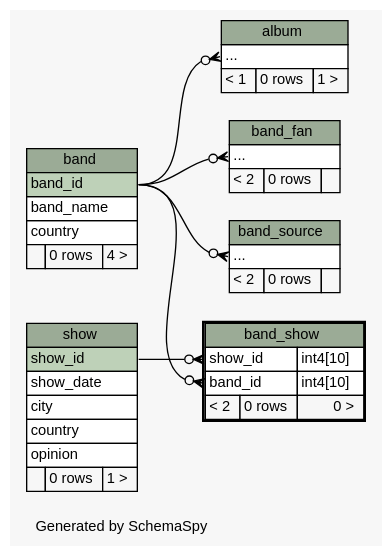
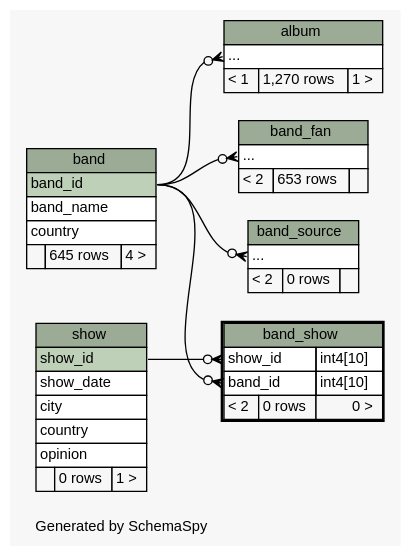
Before and after one commit to biodavidjm/garbage-code: the diagram in database/see_djmusic/diagrams/band_show.2degrees.dot, drawn with Graphviz. The commit also changed 155 other files, not shown here.

First line of the commit message:
New Schema View of the last djmusic version

```diff
--- a/database/see_djmusic/diagrams/band_show.2degrees.dot
+++ b/database/see_djmusic/diagrams/band_show.2degrees.dot
@@ -1,94 +1,94 @@
-// dot 2.38.0 on Mac OS X 10.9.3
+// dot 2.38.0 on Mac OS X 10.9.4
 // SchemaSpy rev 590
 digraph "twoDegreesRelationshipsDiagram" {
   graph [
     rankdir="RL"
     bgcolor="#f7f7f7"
     label="\nGenerated by SchemaSpy"
     labeljust="l"
     nodesep="0.18"
     ranksep="0.46"
     fontname="Helvetica"
     fontsize="11"
   ];
   node [
     fontname="Helvetica"
     fontsize="11"
     shape="plaintext"
   ];
   edge [
     arrowsize="0.8"
   ];
   "album":"elipses":w -> "band":"band_id":e [arrowhead=none dir=back arrowtail=crowodot];
   "band_fan":"elipses":w -> "band":"band_id":e [arrowhead=none dir=back arrowtail=crowodot];
   "band_show":"band_id":w -> "band":"band_id":e [arrowhead=none dir=back arrowtail=crowodot];
   "band_show":"show_id":w -> "show":"show_id":e [arrowhead=none dir=back arrowtail=crowodot];
   "band_source":"elipses":w -> "band":"band_id":e [arrowhead=none dir=back arrowtail=crowodot];
   "album" [
     label=<
     <TABLE BORDER="0" CELLBORDER="1" CELLSPACING="0" BGCOLOR="#ffffff">
       <TR><TD COLSPAN="3" BGCOLOR="#9bab96" ALIGN="CENTER">album</TD></TR>
       <TR><TD PORT="elipses" COLSPAN="3" ALIGN="LEFT">...</TD></TR>
-      <TR><TD ALIGN="LEFT" BGCOLOR="#f7f7f7">&lt; 1</TD><TD ALIGN="RIGHT" BGCOLOR="#f7f7f7">0 rows</TD><TD ALIGN="RIGHT" BGCOLOR="#f7f7f7">1 &gt;</TD></TR>
+      <TR><TD ALIGN="LEFT" BGCOLOR="#f7f7f7">&lt; 1</TD><TD ALIGN="RIGHT" BGCOLOR="#f7f7f7">1,270 rows</TD><TD ALIGN="RIGHT" BGCOLOR="#f7f7f7">1 &gt;</TD></TR>
     </TABLE>>
     URL="album.html"
     tooltip="album"
   ];
   "band" [
     label=<
     <TABLE BORDER="0" CELLBORDER="1" CELLSPACING="0" BGCOLOR="#ffffff">
       <TR><TD COLSPAN="3" BGCOLOR="#9bab96" ALIGN="CENTER">band</TD></TR>
       <TR><TD PORT="band_id" COLSPAN="3" BGCOLOR="#bed1b8" ALIGN="LEFT">band_id</TD></TR>
       <TR><TD PORT="band_name" COLSPAN="3" ALIGN="LEFT">band_name</TD></TR>
       <TR><TD PORT="country" COLSPAN="3" ALIGN="LEFT">country</TD></TR>
-      <TR><TD ALIGN="LEFT" BGCOLOR="#f7f7f7">  </TD><TD ALIGN="RIGHT" BGCOLOR="#f7f7f7">0 rows</TD><TD ALIGN="RIGHT" BGCOLOR="#f7f7f7">4 &gt;</TD></TR>
+      <TR><TD ALIGN="LEFT" BGCOLOR="#f7f7f7">  </TD><TD ALIGN="RIGHT" BGCOLOR="#f7f7f7">645 rows</TD><TD ALIGN="RIGHT" BGCOLOR="#f7f7f7">4 &gt;</TD></TR>
     </TABLE>>
     URL="band.html"
     tooltip="band"
   ];
   "band_fan" [
     label=<
     <TABLE BORDER="0" CELLBORDER="1" CELLSPACING="0" BGCOLOR="#ffffff">
       <TR><TD COLSPAN="3" BGCOLOR="#9bab96" ALIGN="CENTER">band_fan</TD></TR>
       <TR><TD PORT="elipses" COLSPAN="3" ALIGN="LEFT">...</TD></TR>
-      <TR><TD ALIGN="LEFT" BGCOLOR="#f7f7f7">&lt; 2</TD><TD ALIGN="RIGHT" BGCOLOR="#f7f7f7">0 rows</TD><TD ALIGN="RIGHT" BGCOLOR="#f7f7f7">  </TD></TR>
+      <TR><TD ALIGN="LEFT" BGCOLOR="#f7f7f7">&lt; 2</TD><TD ALIGN="RIGHT" BGCOLOR="#f7f7f7">653 rows</TD><TD ALIGN="RIGHT" BGCOLOR="#f7f7f7">  </TD></TR>
     </TABLE>>
     URL="band_fan.html"
     tooltip="band_fan"
   ];
   "band_show" [
     label=<
     <TABLE BORDER="2" CELLBORDER="1" CELLSPACING="0" BGCOLOR="#ffffff">
       <TR><TD COLSPAN="3" BGCOLOR="#9bab96" ALIGN="CENTER">band_show</TD></TR>
       <TR><TD PORT="show_id" COLSPAN="2" ALIGN="LEFT">show_id</TD><TD PORT="show_id.type" ALIGN="LEFT">int4[10]</TD></TR>
       <TR><TD PORT="band_id" COLSPAN="2" ALIGN="LEFT">band_id</TD><TD PORT="band_id.type" ALIGN="LEFT">int4[10]</TD></TR>
       <TR><TD ALIGN="LEFT" BGCOLOR="#f7f7f7">&lt; 2</TD><TD ALIGN="RIGHT" BGCOLOR="#f7f7f7">0 rows</TD><TD ALIGN="RIGHT" BGCOLOR="#f7f7f7">0 &gt;</TD></TR>
     </TABLE>>
     URL="band_show.html"
     tooltip="band_show"
   ];
   "band_source" [
     label=<
     <TABLE BORDER="0" CELLBORDER="1" CELLSPACING="0" BGCOLOR="#ffffff">
       <TR><TD COLSPAN="3" BGCOLOR="#9bab96" ALIGN="CENTER">band_source</TD></TR>
       <TR><TD PORT="elipses" COLSPAN="3" ALIGN="LEFT">...</TD></TR>
       <TR><TD ALIGN="LEFT" BGCOLOR="#f7f7f7">&lt; 2</TD><TD ALIGN="RIGHT" BGCOLOR="#f7f7f7">0 rows</TD><TD ALIGN="RIGHT" BGCOLOR="#f7f7f7">  </TD></TR>
     </TABLE>>
     URL="band_source.html"
     tooltip="band_source"
   ];
   "show" [
     label=<
     <TABLE BORDER="0" CELLBORDER="1" CELLSPACING="0" BGCOLOR="#ffffff">
       <TR><TD COLSPAN="3" BGCOLOR="#9bab96" ALIGN="CENTER">show</TD></TR>
       <TR><TD PORT="show_id" COLSPAN="3" BGCOLOR="#bed1b8" ALIGN="LEFT">show_id</TD></TR>
       <TR><TD PORT="show_date" COLSPAN="3" ALIGN="LEFT">show_date</TD></TR>
       <TR><TD PORT="city" COLSPAN="3" ALIGN="LEFT">city</TD></TR>
       <TR><TD PORT="country" COLSPAN="3" ALIGN="LEFT">country</TD></TR>
       <TR><TD PORT="opinion" COLSPAN="3" ALIGN="LEFT">opinion</TD></TR>
       <TR><TD ALIGN="LEFT" BGCOLOR="#f7f7f7">  </TD><TD ALIGN="RIGHT" BGCOLOR="#f7f7f7">0 rows</TD><TD ALIGN="RIGHT" BGCOLOR="#f7f7f7">1 &gt;</TD></TR>
     </TABLE>>
     URL="show.html"
     tooltip="show"
   ];
 }
```
